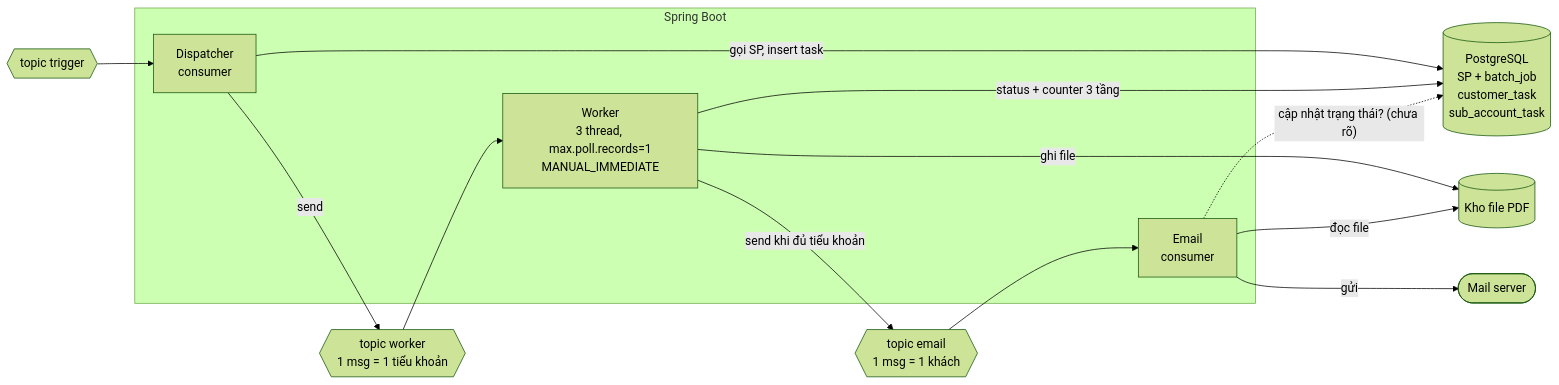
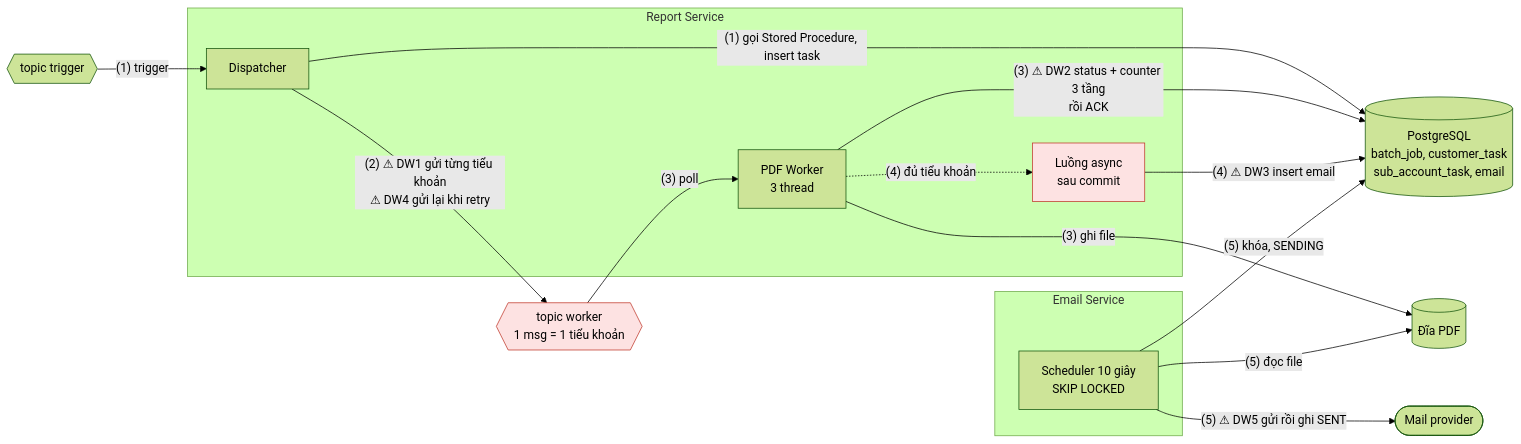
One commit to trandem/blog changed the first of 3 diagrams in sao-ke-eod-trang-thai-va-retry.md. Above: the diagram before and after it, drawn with Mermaid (forest theme). The commit also changed other lines of this file, not shown here.

Commit message:
Viet lai bai tra loi doc gia luong sao ke EOD: loi ghi kep, vi sao hay gap, thiet ke lai voi database giu trang thai va moi job mot khach

````diff
--- a/sao-ke-eod-trang-thai-va-retry.md
+++ b/sao-ke-eod-trang-thai-va-retry.md
@@ -32,27 +41,33 @@
 ```mermaid
 flowchart LR
-    TR{{"topic trigger"}} --> DP
+    TR{{"topic trigger"}} -->|"(1) trigger"| DP
 
-    subgraph APP["Spring Boot"]
-        DP["Dispatcher<br/>consumer"]
-        WK["Worker<br/>3 thread, max.poll.records=1<br/>MANUAL_IMMEDIATE"]
-        EM["Email<br/>consumer"]
+    subgraph RS["Report Service"]
+        DP["Dispatcher"]
+        WK["PDF Worker<br/>3 thread"]
+        AS["Luồng async<br/>sau commit"]
+    end
+
+    subgraph ES["Email Service"]
+        EX["Scheduler 10 giây<br/>SKIP LOCKED"]
     end
 
     KW{{"topic worker<br/>1 msg = 1 tiểu khoản"}}
-    KE{{"topic email<br/>1 msg = 1 khách"}}
-    DB[("PostgreSQL<br/>SP + batch_job<br/>customer_task<br/>sub_account_task")]
-    FS[("Kho file PDF")]
-    MAIL(["Mail server"])
+    DB[("PostgreSQL<br/>batch_job, customer_task<br/>sub_account_task, email")]
+    FS[("Đĩa PDF")]
+    MAIL(["Mail provider"])
 
-    DP -->|"gọi SP, insert task"| DB
-    DP -->|"send"| KW
-    KW --> WK
-    WK -->|"ghi file"| FS
-    WK -->|"status + counter 3 tầng"| DB
-    WK -->|"send khi đủ tiểu khoản"| KE
-    KE --> EM
-    EM -->|"đọc file"| FS
-    EM -->|"gửi"| MAIL
-    EM -.->|"cập nhật trạng thái? (chưa rõ)"| DB
+    DP -->|"(1) gọi Stored Procedure, insert task"| DB
+    DP -->|"(2) ⚠ DW1 gửi từng tiểu khoản<br/>⚠ DW4 gửi lại khi retry"| KW
+    KW -->|"(3) poll"| WK
+    WK -->|"(3) ghi file"| FS
+    WK -->|"(3) ⚠ DW2 status + counter 3 tầng<br/>rồi ACK"| DB
+    WK -.->|"(4) đủ tiểu khoản"| AS
+    AS -->|"(4) ⚠ DW3 insert email"| DB
+    EX -->|"(5) khóa, SENDING"| DB
+    EX -->|"(5) đọc file"| FS
+    EX -->|"(5) ⚠ DW5 gửi rồi ghi SENT"| MAIL
+
+    classDef warn fill:#fde2e2,stroke:#c0392b,color:#000
+    class KW,AS warn
 ```
````
